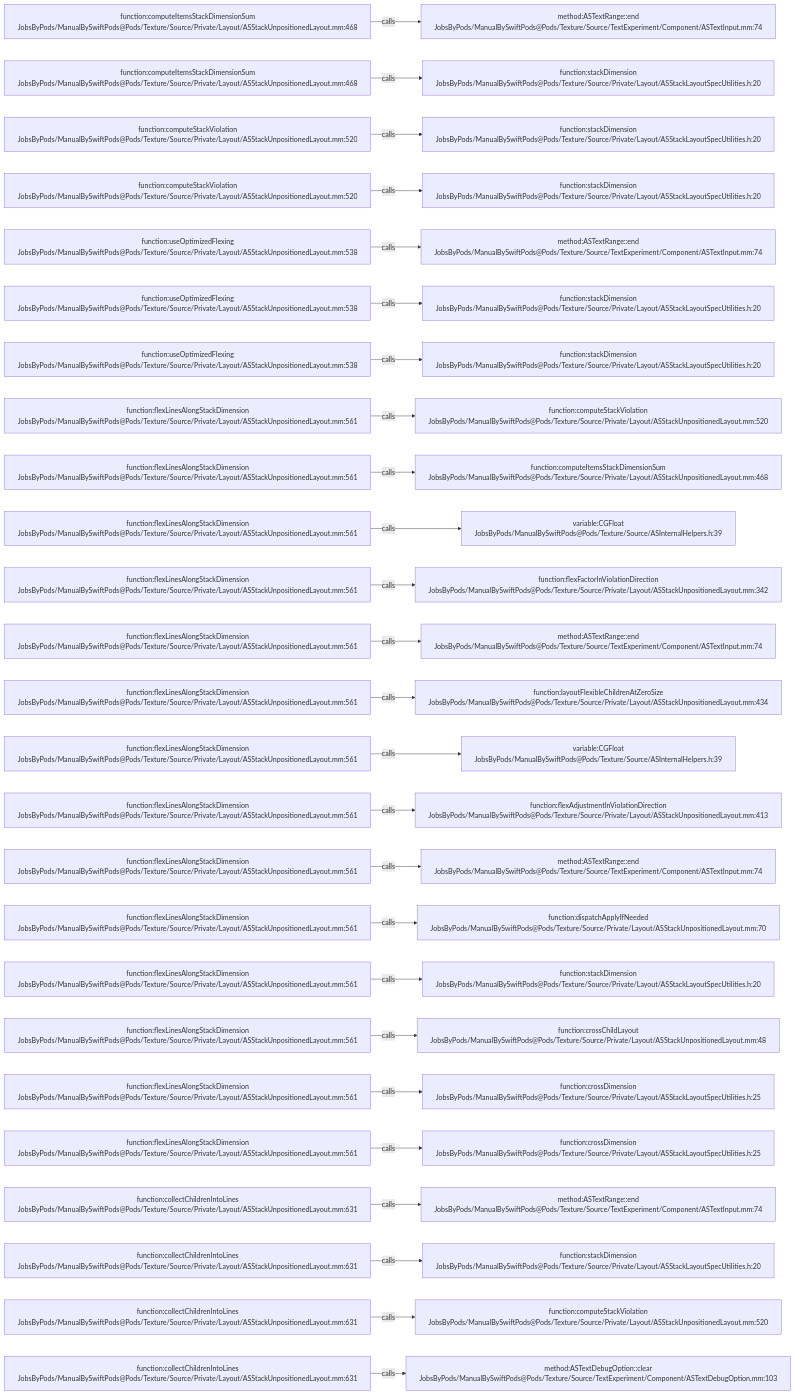
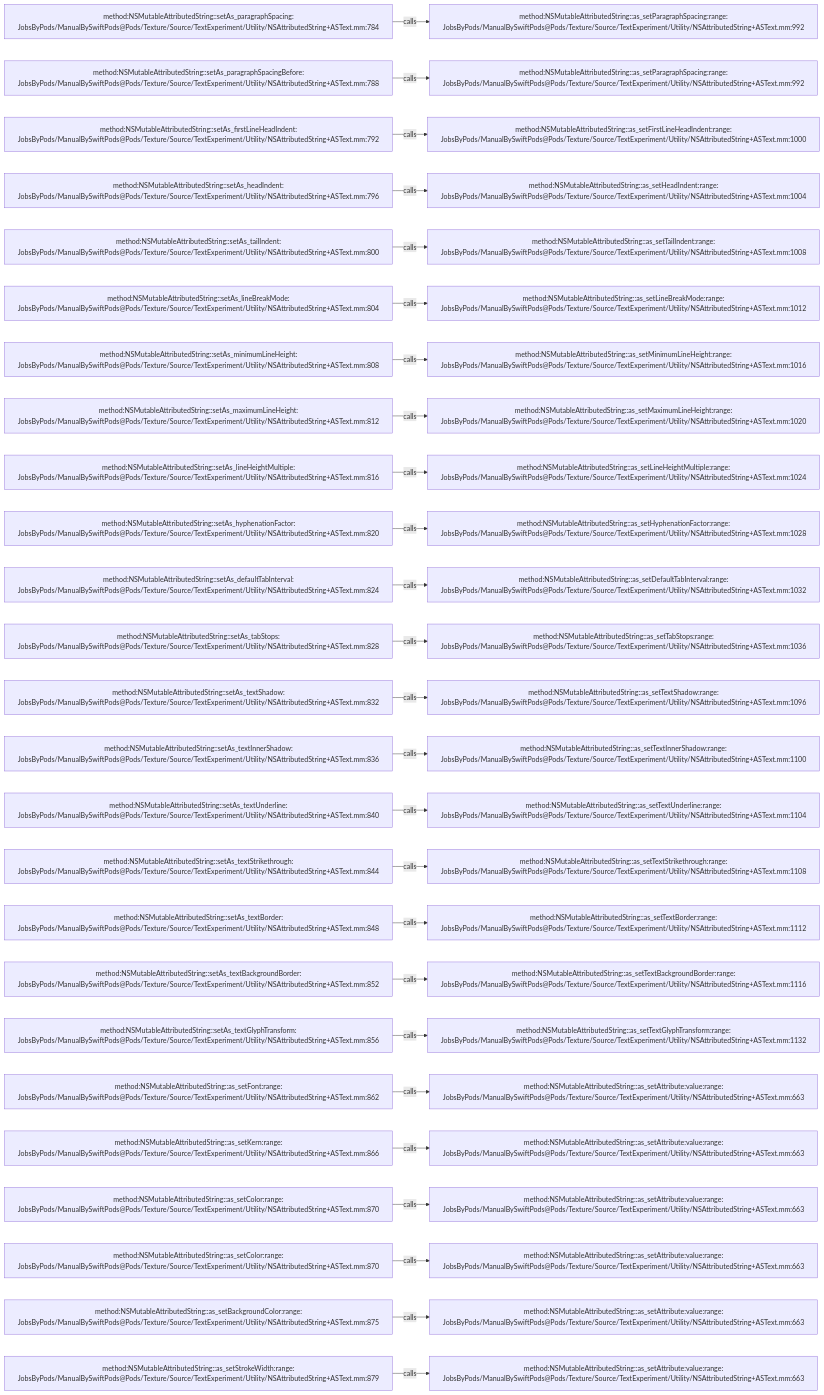
One commit to JobsKits/JobsSwiftBaseConfigDemo changed the diagram in .codegraph/codegraph.md/graphs/calls-145.md. Above: the diagram before and after it, drawn with Mermaid. The commit also changed 832 other files, not shown here.

````diff
--- a/.codegraph/codegraph.md/graphs/calls-145.md
+++ b/.codegraph/codegraph.md/graphs/calls-145.md
@@ -13,78 +13,78 @@
 ```mermaid
 flowchart LR
-  S1["function:computeItemsStackDimensionSum<br/>JobsByPods/ManualBySwiftPods@Pods/Texture/Source/Private/Layout/ASStackUnpositionedLayout.mm:468"]
-  T1["method:ASTextRange::end<br/>JobsByPods/ManualBySwiftPods@Pods/Texture/Source/TextExperiment/Component/ASTextInput.mm:74"]
+  S1["method:NSMutableAttributedString::setAs_paragraphSpacing:<br/>JobsByPods/ManualBySwiftPods@Pods/Texture/Source/TextExperiment/Utility/NSAttributedString+ASText.mm:784"]
+  T1["method:NSMutableAttributedString::as_setParagraphSpacing:range:<br/>JobsByPods/ManualBySwiftPods@Pods/Texture/Source/TextExperiment/Utility/NSAttributedString+ASText.mm:992"]
   S1 -->|calls| T1
-  S2["function:computeItemsStackDimensionSum<br/>JobsByPods/ManualBySwiftPods@Pods/Texture/Source/Private/Layout/ASStackUnpositionedLayout.mm:468"]
-  T2["function:stackDimension<br/>JobsByPods/ManualBySwiftPods@Pods/Texture/Source/Private/Layout/ASStackLayoutSpecUtilities.h:20"]
+  S2["method:NSMutableAttributedString::setAs_paragraphSpacingBefore:<br/>JobsByPods/ManualBySwiftPods@Pods/Texture/Source/TextExperiment/Utility/NSAttributedString+ASText.mm:788"]
+  T2["method:NSMutableAttributedString::as_setParagraphSpacing:range:<br/>JobsByPods/ManualBySwiftPods@Pods/Texture/Source/TextExperiment/Utility/NSAttributedString+ASText.mm:992"]
   S2 -->|calls| T2
-  S3["function:computeStackViolation<br/>JobsByPods/ManualBySwiftPods@Pods/Texture/Source/Private/Layout/ASStackUnpositionedLayout.mm:520"]
-  T3["function:stackDimension<br/>JobsByPods/ManualBySwiftPods@Pods/Texture/Source/Private/Layout/ASStackLayoutSpecUtilities.h:20"]
+  S3["method:NSMutableAttributedString::setAs_firstLineHeadIndent:<br/>JobsByPods/ManualBySwiftPods@Pods/Texture/Source/TextExperiment/Utility/NSAttributedString+ASText.mm:792"]
+  T3["method:NSMutableAttributedString::as_setFirstLineHeadIndent:range:<br/>JobsByPods/ManualBySwiftPods@Pods/Texture/Source/TextExperiment/Utility/NSAttributedString+ASText.mm:1000"]
   S3 -->|calls| T3
-  S4["function:computeStackViolation<br/>JobsByPods/ManualBySwiftPods@Pods/Texture/Source/Private/Layout/ASStackUnpositionedLayout.mm:520"]
-  T4["function:stackDimension<br/>JobsByPods/ManualBySwiftPods@Pods/Texture/Source/Private/Layout/ASStackLayoutSpecUtilities.h:20"]
+  S4["method:NSMutableAttributedString::setAs_headIndent:<br/>JobsByPods/ManualBySwiftPods@Pods/Texture/Source/TextExperiment/Utility/NSAttributedString+ASText.mm:796"]
+  T4["method:NSMutableAttributedString::as_setHeadIndent:range:<br/>JobsByPods/ManualBySwiftPods@Pods/Texture/Source/TextExperiment/Utility/NSAttributedString+ASText.mm:1004"]
   S4 -->|calls| T4
-  S5["function:useOptimizedFlexing<br/>JobsByPods/ManualBySwiftPods@Pods/Texture/Source/Private/Layout/ASStackUnpositionedLayout.mm:538"]
-  T5["method:ASTextRange::end<br/>JobsByPods/ManualBySwiftPods@Pods/Texture/Source/TextExperiment/Component/ASTextInput.mm:74"]
+  S5["method:NSMutableAttributedString::setAs_tailIndent:<br/>JobsByPods/ManualBySwiftPods@Pods/Texture/Source/TextExperiment/Utility/NSAttributedString+ASText.mm:800"]
+  T5["method:NSMutableAttributedString::as_setTailIndent:range:<br/>JobsByPods/ManualBySwiftPods@Pods/Texture/Source/TextExperiment/Utility/NSAttributedString+ASText.mm:1008"]
   S5 -->|calls| T5
-  S6["function:useOptimizedFlexing<br/>JobsByPods/ManualBySwiftPods@Pods/Texture/Source/Private/Layout/ASStackUnpositionedLayout.mm:538"]
-  T6["function:stackDimension<br/>JobsByPods/ManualBySwiftPods@Pods/Texture/Source/Private/Layout/ASStackLayoutSpecUtilities.h:20"]
+  S6["method:NSMutableAttributedString::setAs_lineBreakMode:<br/>JobsByPods/ManualBySwiftPods@Pods/Texture/Source/TextExperiment/Utility/NSAttributedString+ASText.mm:804"]
+  T6["method:NSMutableAttributedString::as_setLineBreakMode:range:<br/>JobsByPods/ManualBySwiftPods@Pods/Texture/Source/TextExperiment/Utility/NSAttributedString+ASText.mm:1012"]
   S6 -->|calls| T6
-  S7["function:useOptimizedFlexing<br/>JobsByPods/ManualBySwiftPods@Pods/Texture/Source/Private/Layout/ASStackUnpositionedLayout.mm:538"]
-  T7["function:stackDimension<br/>JobsByPods/ManualBySwiftPods@Pods/Texture/Source/Private/Layout/ASStackLayoutSpecUtilities.h:20"]
+  S7["method:NSMutableAttributedString::setAs_minimumLineHeight:<br/>JobsByPods/ManualBySwiftPods@Pods/Texture/Source/TextExperiment/Utility/NSAttributedString+ASText.mm:808"]
+  T7["method:NSMutableAttributedString::as_setMinimumLineHeight:range:<br/>JobsByPods/ManualBySwiftPods@Pods/Texture/Source/TextExperiment/Utility/NSAttributedString+ASText.mm:1016"]
   S7 -->|calls| T7
-  S8["function:flexLinesAlongStackDimension<br/>JobsByPods/ManualBySwiftPods@Pods/Texture/Source/Private/Layout/ASStackUnpositionedLayout.mm:561"]
-  T8["function:computeStackViolation<br/>JobsByPods/ManualBySwiftPods@Pods/Texture/Source/Private/Layout/ASStackUnpositionedLayout.mm:520"]
+  S8["method:NSMutableAttributedString::setAs_maximumLineHeight:<br/>JobsByPods/ManualBySwiftPods@Pods/Texture/Source/TextExperiment/Utility/NSAttributedString+ASText.mm:812"]
+  T8["method:NSMutableAttributedString::as_setMaximumLineHeight:range:<br/>JobsByPods/ManualBySwiftPods@Pods/Texture/Source/TextExperiment/Utility/NSAttributedString+ASText.mm:1020"]
   S8 -->|calls| T8
-  S9["function:flexLinesAlongStackDimension<br/>JobsByPods/ManualBySwiftPods@Pods/Texture/Source/Private/Layout/ASStackUnpositionedLayout.mm:561"]
-  T9["function:computeItemsStackDimensionSum<br/>JobsByPods/ManualBySwiftPods@Pods/Texture/Source/Private/Layout/ASStackUnpositionedLayout.mm:468"]
+  S9["method:NSMutableAttributedString::setAs_lineHeightMultiple:<br/>JobsByPods/ManualBySwiftPods@Pods/Texture/Source/TextExperiment/Utility/NSAttributedString+ASText.mm:816"]
+  T9["method:NSMutableAttributedString::as_setLineHeightMultiple:range:<br/>JobsByPods/ManualBySwiftPods@Pods/Texture/Source/TextExperiment/Utility/NSAttributedString+ASText.mm:1024"]
   S9 -->|calls| T9
-  S10["function:flexLinesAlongStackDimension<br/>JobsByPods/ManualBySwiftPods@Pods/Texture/Source/Private/Layout/ASStackUnpositionedLayout.mm:561"]
-  T10["variable:CGFloat<br/>JobsByPods/ManualBySwiftPods@Pods/Texture/Source/ASInternalHelpers.h:39"]
+  S10["method:NSMutableAttributedString::setAs_hyphenationFactor:<br/>JobsByPods/ManualBySwiftPods@Pods/Texture/Source/TextExperiment/Utility/NSAttributedString+ASText.mm:820"]
+  T10["method:NSMutableAttributedString::as_setHyphenationFactor:range:<br/>JobsByPods/ManualBySwiftPods@Pods/Texture/Source/TextExperiment/Utility/NSAttributedString+ASText.mm:1028"]
   S10 -->|calls| T10
-  S11["function:flexLinesAlongStackDimension<br/>JobsByPods/ManualBySwiftPods@Pods/Texture/Source/Private/Layout/ASStackUnpositionedLayout.mm:561"]
-  T11["function:flexFactorInViolationDirection<br/>JobsByPods/ManualBySwiftPods@Pods/Texture/Source/Private/Layout/ASStackUnpositionedLayout.mm:342"]
+  S11["method:NSMutableAttributedString::setAs_defaultTabInterval:<br/>JobsByPods/ManualBySwiftPods@Pods/Texture/Source/TextExperiment/Utility/NSAttributedString+ASText.mm:824"]
+  T11["method:NSMutableAttributedString::as_setDefaultTabInterval:range:<br/>JobsByPods/ManualBySwiftPods@Pods/Texture/Source/TextExperiment/Utility/NSAttributedString+ASText.mm:1032"]
   S11 -->|calls| T11
-  S12["function:flexLinesAlongStackDimension<br/>JobsByPods/ManualBySwiftPods@Pods/Texture/Source/Private/Layout/ASStackUnpositionedLayout.mm:561"]
-  T12["method:ASTextRange::end<br/>JobsByPods/ManualBySwiftPods@Pods/Texture/Source/TextExperiment/Component/ASTextInput.mm:74"]
+  S12["method:NSMutableAttributedString::setAs_tabStops:<br/>JobsByPods/ManualBySwiftPods@Pods/Texture/Source/TextExperiment/Utility/NSAttributedString+ASText.mm:828"]
+  T12["method:NSMutableAttributedString::as_setTabStops:range:<br/>JobsByPods/ManualBySwiftPods@Pods/Texture/Source/TextExperiment/Utility/NSAttributedString+ASText.mm:1036"]
   S12 -->|calls| T12
-  S13["function:flexLinesAlongStackDimension<br/>JobsByPods/ManualBySwiftPods@Pods/Texture/Source/Private/Layout/ASStackUnpositionedLayout.mm:561"]
-  T13["function:layoutFlexibleChildrenAtZeroSize<br/>JobsByPods/ManualBySwiftPods@Pods/Texture/Source/Private/Layout/ASStackUnpositionedLayout.mm:434"]
+  S13["method:NSMutableAttributedString::setAs_textShadow:<br/>JobsByPods/ManualBySwiftPods@Pods/Texture/Source/TextExperiment/Utility/NSAttributedString+ASText.mm:832"]
+  T13["method:NSMutableAttributedString::as_setTextShadow:range:<br/>JobsByPods/ManualBySwiftPods@Pods/Texture/Source/TextExperiment/Utility/NSAttributedString+ASText.mm:1096"]
   S13 -->|calls| T13
-  S14["function:flexLinesAlongStackDimension<br/>JobsByPods/ManualBySwiftPods@Pods/Texture/Source/Private/Layout/ASStackUnpositionedLayout.mm:561"]
-  T14["variable:CGFloat<br/>JobsByPods/ManualBySwiftPods@Pods/Texture/Source/ASInternalHelpers.h:39"]
+  S14["method:NSMutableAttributedString::setAs_textInnerShadow:<br/>JobsByPods/ManualBySwiftPods@Pods/Texture/Source/TextExperiment/Utility/NSAttributedString+ASText.mm:836"]
+  T14["method:NSMutableAttributedString::as_setTextInnerShadow:range:<br/>JobsByPods/ManualBySwiftPods@Pods/Texture/Source/TextExperiment/Utility/NSAttributedString+ASText.mm:1100"]
   S14 -->|calls| T14
-  S15["function:flexLinesAlongStackDimension<br/>JobsByPods/ManualBySwiftPods@Pods/Texture/Source/Private/Layout/ASStackUnpositionedLayout.mm:561"]
-  T15["function:flexAdjustmentInViolationDirection<br/>JobsByPods/ManualBySwiftPods@Pods/Texture/Source/Private/Layout/ASStackUnpositionedLayout.mm:413"]
+  S15["method:NSMutableAttributedString::setAs_textUnderline:<br/>JobsByPods/ManualBySwiftPods@Pods/Texture/Source/TextExperiment/Utility/NSAttributedString+ASText.mm:840"]
+  T15["method:NSMutableAttributedString::as_setTextUnderline:range:<br/>JobsByPods/ManualBySwiftPods@Pods/Texture/Source/TextExperiment/Utility/NSAttributedString+ASText.mm:1104"]
   S15 -->|calls| T15
-  S16["function:flexLinesAlongStackDimension<br/>JobsByPods/ManualBySwiftPods@Pods/Texture/Source/Private/Layout/ASStackUnpositionedLayout.mm:561"]
-  T16["method:ASTextRange::end<br/>JobsByPods/ManualBySwiftPods@Pods/Texture/Source/TextExperiment/Component/ASTextInput.mm:74"]
+  S16["method:NSMutableAttributedString::setAs_textStrikethrough:<br/>JobsByPods/ManualBySwiftPods@Pods/Texture/Source/TextExperiment/Utility/NSAttributedString+ASText.mm:844"]
+  T16["method:NSMutableAttributedString::as_setTextStrikethrough:range:<br/>JobsByPods/ManualBySwiftPods@Pods/Texture/Source/TextExperiment/Utility/NSAttributedString+ASText.mm:1108"]
   S16 -->|calls| T16
-  S17["function:flexLinesAlongStackDimension<br/>JobsByPods/ManualBySwiftPods@Pods/Texture/Source/Private/Layout/ASStackUnpositionedLayout.mm:561"]
-  T17["function:dispatchApplyIfNeeded<br/>JobsByPods/ManualBySwiftPods@Pods/Texture/Source/Private/Layout/ASStackUnpositionedLayout.mm:70"]
+  S17["method:NSMutableAttributedString::setAs_textBorder:<br/>JobsByPods/ManualBySwiftPods@Pods/Texture/Source/TextExperiment/Utility/NSAttributedString+ASText.mm:848"]
+  T17["method:NSMutableAttributedString::as_setTextBorder:range:<br/>JobsByPods/ManualBySwiftPods@Pods/Texture/Source/TextExperiment/Utility/NSAttributedString+ASText.mm:1112"]
   S17 -->|calls| T17
-  S18["function:flexLinesAlongStackDimension<br/>JobsByPods/ManualBySwiftPods@Pods/Texture/Source/Private/Layout/ASStackUnpositionedLayout.mm:561"]
-  T18["function:stackDimension<br/>JobsByPods/ManualBySwiftPods@Pods/Texture/Source/Private/Layout/ASStackLayoutSpecUtilities.h:20"]
+  S18["method:NSMutableAttributedString::setAs_textBackgroundBorder:<br/>JobsByPods/ManualBySwiftPods@Pods/Texture/Source/TextExperiment/Utility/NSAttributedString+ASText.mm:852"]
+  T18["method:NSMutableAttributedString::as_setTextBackgroundBorder:range:<br/>JobsByPods/ManualBySwiftPods@Pods/Texture/Source/TextExperiment/Utility/NSAttributedString+ASText.mm:1116"]
   S18 -->|calls| T18
-  S19["function:flexLinesAlongStackDimension<br/>JobsByPods/ManualBySwiftPods@Pods/Texture/Source/Private/Layout/ASStackUnpositionedLayout.mm:561"]
-  T19["function:crossChildLayout<br/>JobsByPods/ManualBySwiftPods@Pods/Texture/Source/Private/Layout/ASStackUnpositionedLayout.mm:48"]
+  S19["method:NSMutableAttributedString::setAs_textGlyphTransform:<br/>JobsByPods/ManualBySwiftPods@Pods/Texture/Source/TextExperiment/Utility/NSAttributedString+ASText.mm:856"]
+  T19["method:NSMutableAttributedString::as_setTextGlyphTransform:range:<br/>JobsByPods/ManualBySwiftPods@Pods/Texture/Source/TextExperiment/Utility/NSAttributedString+ASText.mm:1132"]
   S19 -->|calls| T19
-  S20["function:flexLinesAlongStackDimension<br/>JobsByPods/ManualBySwiftPods@Pods/Texture/Source/Private/Layout/ASStackUnpositionedLayout.mm:561"]
-  T20["function:crossDimension<br/>JobsByPods/ManualBySwiftPods@Pods/Texture/Source/Private/Layout/ASStackLayoutSpecUtilities.h:25"]
+  S20["method:NSMutableAttributedString::as_setFont:range:<br/>JobsByPods/ManualBySwiftPods@Pods/Texture/Source/TextExperiment/Utility/NSAttributedString+ASText.mm:862"]
+  T20["method:NSMutableAttributedString::as_setAttribute:value:range:<br/>JobsByPods/ManualBySwiftPods@Pods/Texture/Source/TextExperiment/Utility/NSAttributedString+ASText.mm:663"]
   S20 -->|calls| T20
-  S21["function:flexLinesAlongStackDimension<br/>JobsByPods/ManualBySwiftPods@Pods/Texture/Source/Private/Layout/ASStackUnpositionedLayout.mm:561"]
-  T21["function:crossDimension<br/>JobsByPods/ManualBySwiftPods@Pods/Texture/Source/Private/Layout/ASStackLayoutSpecUtilities.h:25"]
+  S21["method:NSMutableAttributedString::as_setKern:range:<br/>JobsByPods/ManualBySwiftPods@Pods/Texture/Source/TextExperiment/Utility/NSAttributedString+ASText.mm:866"]
+  T21["method:NSMutableAttributedString::as_setAttribute:value:range:<br/>JobsByPods/ManualBySwiftPods@Pods/Texture/Source/TextExperiment/Utility/NSAttributedString+ASText.mm:663"]
   S21 -->|calls| T21
-  S22["function:collectChildrenIntoLines<br/>JobsByPods/ManualBySwiftPods@Pods/Texture/Source/Private/Layout/ASStackUnpositionedLayout.mm:631"]
-  T22["method:ASTextRange::end<br/>JobsByPods/ManualBySwiftPods@Pods/Texture/Source/TextExperiment/Component/ASTextInput.mm:74"]
+  S22["method:NSMutableAttributedString::as_setColor:range:<br/>JobsByPods/ManualBySwiftPods@Pods/Texture/Source/TextExperiment/Utility/NSAttributedString+ASText.mm:870"]
+  T22["method:NSMutableAttributedString::as_setAttribute:value:range:<br/>JobsByPods/ManualBySwiftPods@Pods/Texture/Source/TextExperiment/Utility/NSAttributedString+ASText.mm:663"]
   S22 -->|calls| T22
-  S23["function:collectChildrenIntoLines<br/>JobsByPods/ManualBySwiftPods@Pods/Texture/Source/Private/Layout/ASStackUnpositionedLayout.mm:631"]
-  T23["function:stackDimension<br/>JobsByPods/ManualBySwiftPods@Pods/Texture/Source/Private/Layout/ASStackLayoutSpecUtilities.h:20"]
+  S23["method:NSMutableAttributedString::as_setColor:range:<br/>JobsByPods/ManualBySwiftPods@Pods/Texture/Source/TextExperiment/Utility/NSAttributedString+ASText.mm:870"]
+  T23["method:NSMutableAttributedString::as_setAttribute:value:range:<br/>JobsByPods/ManualBySwiftPods@Pods/Texture/Source/TextExperiment/Utility/NSAttributedString+ASText.mm:663"]
   S23 -->|calls| T23
-  S24["function:collectChildrenIntoLines<br/>JobsByPods/ManualBySwiftPods@Pods/Texture/Source/Private/Layout/ASStackUnpositionedLayout.mm:631"]
-  T24["function:computeStackViolation<br/>JobsByPods/ManualBySwiftPods@Pods/Texture/Source/Private/Layout/ASStackUnpositionedLayout.mm:520"]
+  S24["method:NSMutableAttributedString::as_setBackgroundColor:range:<br/>JobsByPods/ManualBySwiftPods@Pods/Texture/Source/TextExperiment/Utility/NSAttributedString+ASText.mm:875"]
+  T24["method:NSMutableAttributedString::as_setAttribute:value:range:<br/>JobsByPods/ManualBySwiftPods@Pods/Texture/Source/TextExperiment/Utility/NSAttributedString+ASText.mm:663"]
   S24 -->|calls| T24
-  S25["function:collectChildrenIntoLines<br/>JobsByPods/ManualBySwiftPods@Pods/Texture/Source/Private/Layout/ASStackUnpositionedLayout.mm:631"]
-  T25["method:ASTextDebugOption::clear<br/>JobsByPods/ManualBySwiftPods@Pods/Texture/Source/TextExperiment/Component/ASTextDebugOption.mm:103"]
+  S25["method:NSMutableAttributedString::as_setStrokeWidth:range:<br/>JobsByPods/ManualBySwiftPods@Pods/Texture/Source/TextExperiment/Utility/NSAttributedString+ASText.mm:879"]
+  T25["method:NSMutableAttributedString::as_setAttribute:value:range:<br/>JobsByPods/ManualBySwiftPods@Pods/Texture/Source/TextExperiment/Utility/NSAttributedString+ASText.mm:663"]
   S25 -->|calls| T25
 ```
````
